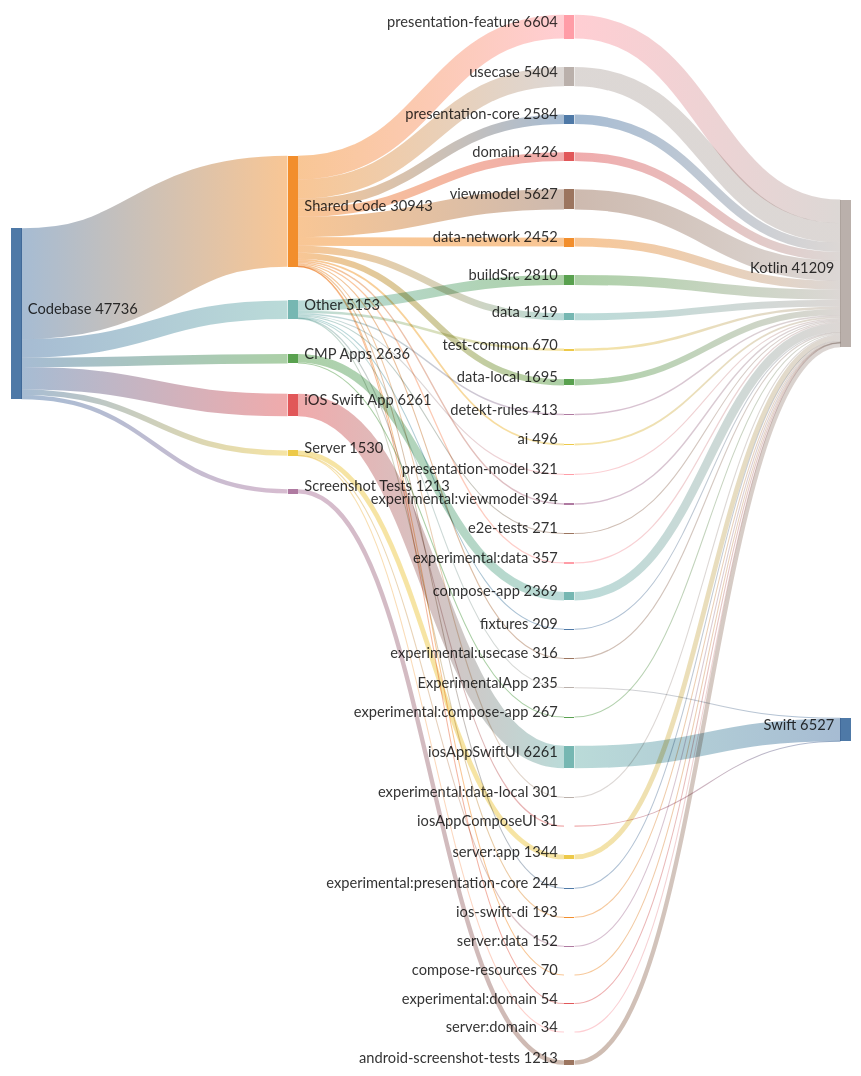
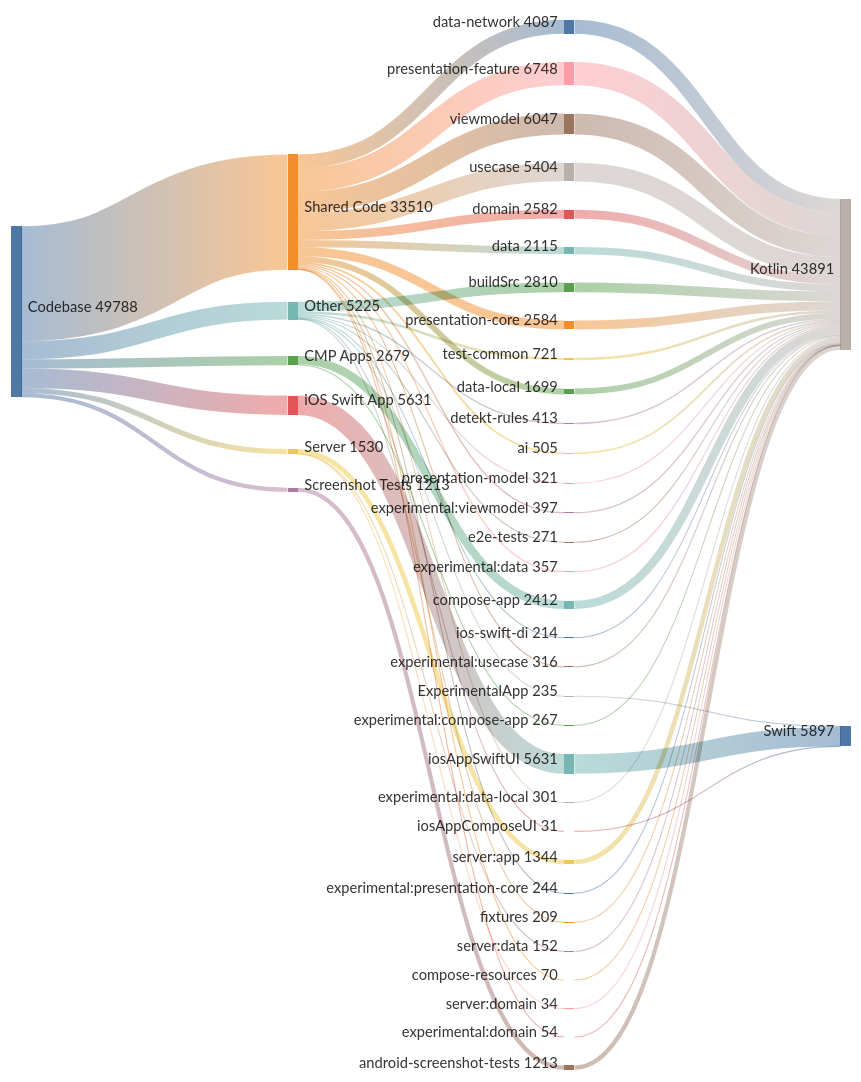
The diagram in docs/diagrams/code_distribution.mmd (cartland/battery-butler), drawn with Mermaid before and after one commit. The commit also changed 2 other files, not shown here.

Commit message:
docs(generated): Regenerate architecture diagrams and analysis

```diff
--- a/docs/diagrams/code_distribution.mmd
+++ b/docs/diagrams/code_distribution.mmd
@@ -1,89 +1,89 @@
 ---
 config:
   sankey:
     showValues: true
     width: 800
     height: 1000
     nodeAlignment: justify
     linkColor: gradient
 ---
 %% GENERATED FILE - DO NOT EDIT
 sankey-beta
 
-Codebase,Shared Code,30943
-Codebase,iOS Swift App,6261
-Codebase,Other,5153
-Codebase,CMP Apps,2636
+Codebase,Shared Code,33510
+Codebase,iOS Swift App,5631
+Codebase,Other,5225
+Codebase,CMP Apps,2679
 Codebase,Server,1530
 Codebase,Screenshot Tests,1213
 
-Shared Code,presentation-feature,6604
-Shared Code,viewmodel,5627
+Shared Code,presentation-feature,6748
+Shared Code,viewmodel,6047
 Shared Code,usecase,5404
+Shared Code,data-network,4087
 Shared Code,presentation-core,2584
-Shared Code,data-network,2452
-Shared Code,domain,2426
-Shared Code,data,1919
-Shared Code,data-local,1695
-Shared Code,ai,496
-Shared Code,experimental:viewmodel,394
+Shared Code,domain,2582
+Shared Code,data,2115
+Shared Code,data-local,1699
+Shared Code,ai,505
+Shared Code,experimental:viewmodel,397
 Shared Code,experimental:data,357
 Shared Code,experimental:usecase,316
 Shared Code,experimental:data-local,301
 Shared Code,experimental:presentation-core,244
 Shared Code,compose-resources,70
 Shared Code,experimental:domain,54
 
-iOS Swift App,iosAppSwiftUI,6261
+iOS Swift App,iosAppSwiftUI,5631
 
 Other,buildSrc,2810
-Other,test-common,670
+Other,test-common,721
 Other,detekt-rules,413
 Other,presentation-model,321
 Other,e2e-tests,271
 Other,ExperimentalApp,235
+Other,ios-swift-di,214
 Other,fixtures,209
-Other,ios-swift-di,193
 Other,iosAppComposeUI,31
 
-CMP Apps,compose-app,2369
+CMP Apps,compose-app,2412
 CMP Apps,experimental:compose-app,267
 
 Server,server:app,1344
 Server,server:data,152
 Server,server:domain,34
 
 Screenshot Tests,android-screenshot-tests,1213
 
-presentation-feature,Kotlin,6604
-iosAppSwiftUI,Swift,6261
-viewmodel,Kotlin,5627
+presentation-feature,Kotlin,6748
+viewmodel,Kotlin,6047
+iosAppSwiftUI,Swift,5631
 usecase,Kotlin,5404
+data-network,Kotlin,4087
 buildSrc,Kotlin,2810
 presentation-core,Kotlin,2584
-data-network,Kotlin,2452
-domain,Kotlin,2426
-compose-app,Kotlin,2369
-data,Kotlin,1919
-data-local,Kotlin,1695
+domain,Kotlin,2582
+compose-app,Kotlin,2412
+data,Kotlin,2115
+data-local,Kotlin,1699
 server:app,Kotlin,1344
 android-screenshot-tests,Kotlin,1213
-test-common,Kotlin,670
-ai,Kotlin,496
+test-common,Kotlin,721
+ai,Kotlin,505
 detekt-rules,Kotlin,413
-experimental:viewmodel,Kotlin,394
+experimental:viewmodel,Kotlin,397
 experimental:data,Kotlin,357
 presentation-model,Kotlin,321
 experimental:usecase,Kotlin,316
 experimental:data-local,Kotlin,301
 e2e-tests,Kotlin,271
 experimental:compose-app,Kotlin,267
 experimental:presentation-core,Kotlin,244
 ExperimentalApp,Swift,235
+ios-swift-di,Kotlin,214
 fixtures,Kotlin,209
-ios-swift-di,Kotlin,193
 server:data,Kotlin,152
 compose-resources,Kotlin,70
 experimental:domain,Kotlin,54
 server:domain,Kotlin,34
 iosAppComposeUI,Swift,31
```
